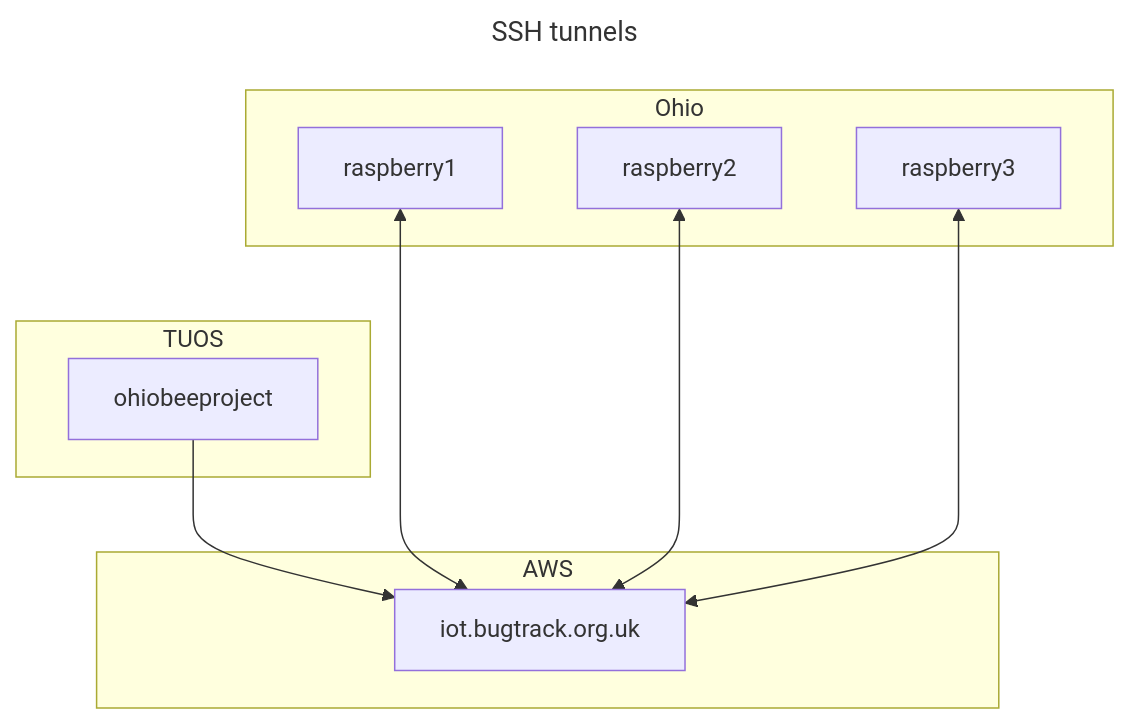
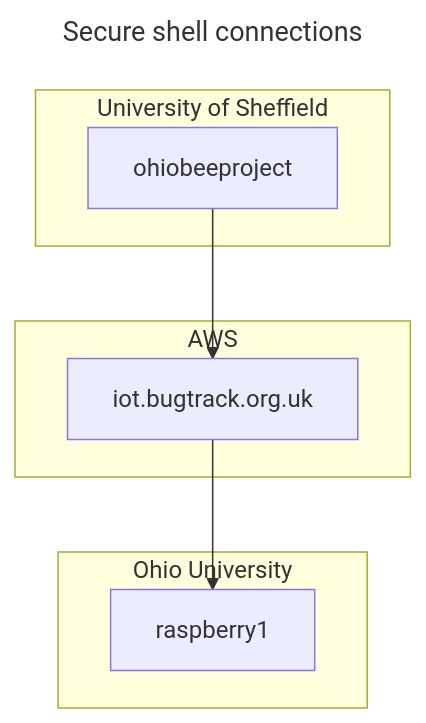
The third of 3 diagrams in README.md (SheffieldMLtracking/data-pipeline), drawn with Mermaid before and after one commit. The commit also changed other lines of this file, not shown here.

Commit message:
Clarify SSH config

````diff
--- a/README.md
+++ b/README.md
@@ -106,17 +128,17 @@
 ```mermaid
 ---
-title: SSH tunnels
+title: Secure shell connections
 ---
 flowchart TD
+subgraph University of Sheffield
+	ohiobeeproject
+end
 subgraph AWS
-awsbox[iot.bugtrack.org.uk]
+	awsbox[iot.bugtrack.org.uk]
 end
-subgraph TUOS
+subgraph Ohio University
+	raspberry1
+end
 ohiobeeproject --> awsbox
-end
-subgraph Ohio
-raspberry1 <---> awsbox
-raspberry2 <---> awsbox
-raspberry3 <---> awsbox
-end
+awsbox --> raspberry1
 ```
````
